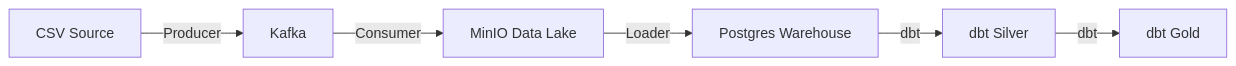
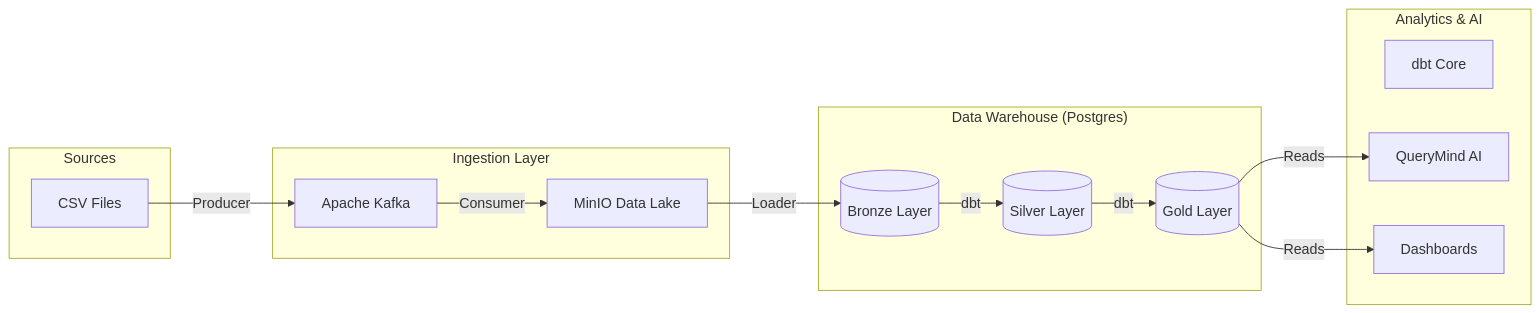
One commit to abhishek09827/QueryMind-DW changed the first of 2 diagrams in README.md. Above: the diagram before and after it, drawn with Mermaid. The commit also changed other lines of this file, not shown here.

````diff
--- a/README.md
+++ b/README.md
@@ -246,8 +17,31 @@
 ```mermaid
 graph LR
-    CSV[CSV Source] -->|Producer| Kafka[Kafka]
-    Kafka -->|Consumer| MinIO[MinIO Data Lake]
-    MinIO -->|Loader| Postgres[Postgres Warehouse]
-    Postgres -->|dbt| Silver[dbt Silver]
-    Silver -->|dbt| Gold[dbt Gold]
+    subgraph Sources
+        CSV[CSV Files]
+    end
+
+    subgraph Ingestion["Ingestion Layer"]
+        Kafka[Apache Kafka]
+        MinIO[MinIO Data Lake]
+    end
+
+    subgraph Warehouse["Data Warehouse (Postgres)"]
+        Bronze[(Bronze Layer)]
+        Silver[(Silver Layer)]
+        Gold[(Gold Layer)]
+    end
+
+    subgraph Analytics["Analytics & AI"]
+        dbt[dbt Core]
+        QueryMind[QueryMind AI]
+        Streamlit[Dashboards]
+    end
+
+    CSV -->|Producer| Kafka
+    Kafka -->|Consumer| MinIO
+    MinIO -->|Loader| Bronze
+    Bronze -->|dbt| Silver
+    Silver -->|dbt| Gold
+    Gold -->|Reads| QueryMind
+    Gold -->|Reads| Streamlit
 ```
````
